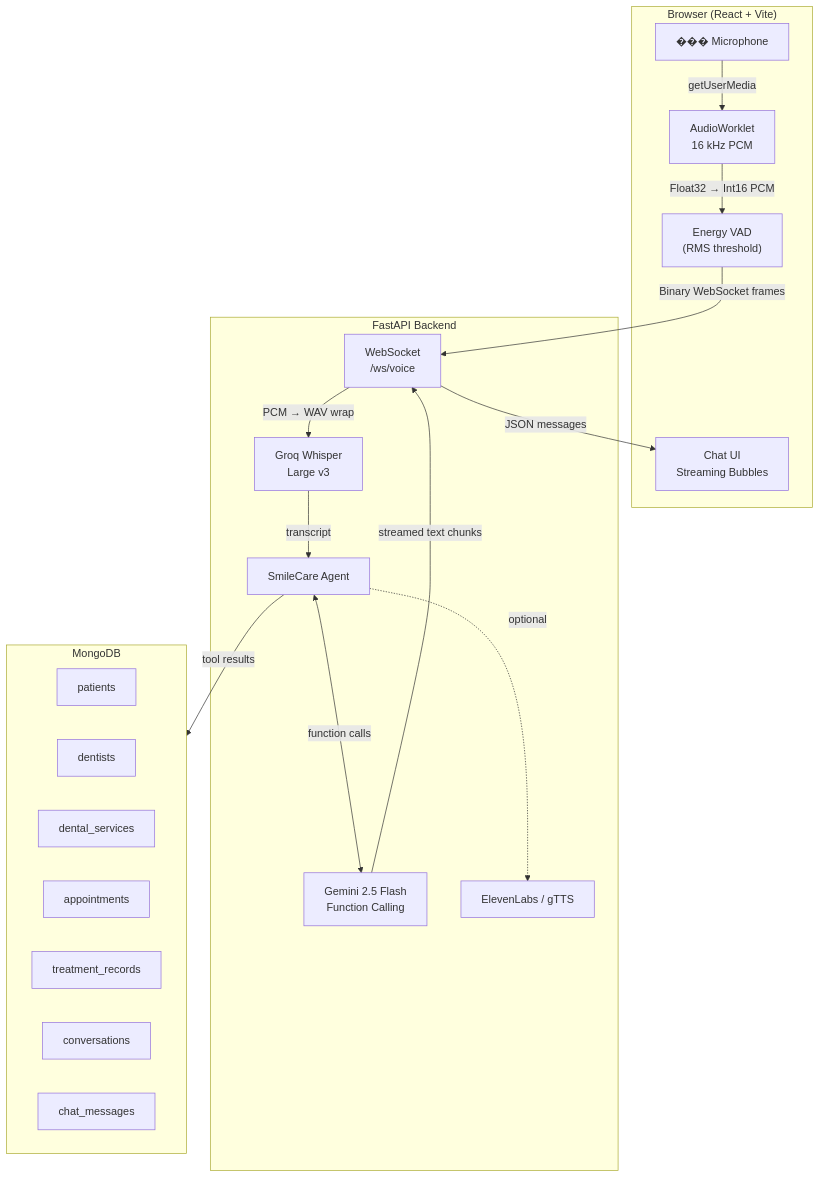
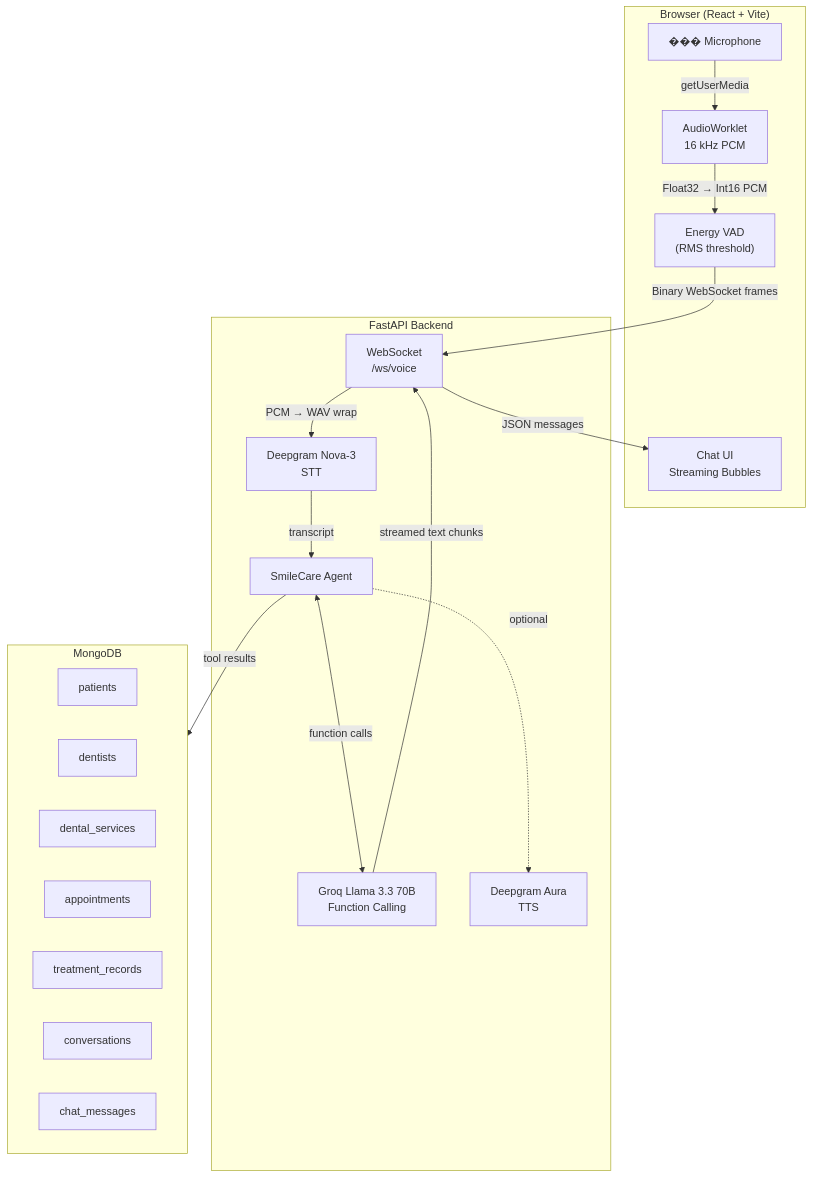
The first of 5 diagrams in Readme.md (charanp2006/demo-voice-agent), drawn with Mermaid before and after one commit. The commit also changed other lines of this file and 8 other files, not shown here.

Commit message:
Update the STT, TTS, LLM with new tech stack

````diff
--- a/Readme.md
+++ b/Readme.md
@@ -24,38 +24,38 @@
 ```mermaid
 graph TB
   subgraph Browser ["Browser (React + Vite)"]
     MIC["��� Microphone"]
     AW["AudioWorklet<br/>16 kHz PCM"]
     VAD["Energy VAD<br/>(RMS threshold)"]
     UI["Chat UI<br/>Streaming Bubbles"]
   end
 
   subgraph Server ["FastAPI Backend"]
     WS["WebSocket<br/>/ws/voice"]
-    STT["Groq Whisper<br/>Large v3"]
+    STT["Deepgram Nova-3<br/>STT"]
     AGENT["SmileCare Agent"]
-    LLM["Gemini 2.5 Flash<br/>Function Calling"]
-    TTS["ElevenLabs / gTTS"]
+    LLM["Groq Llama 3.3 70B<br/>Function Calling"]
+    TTS["Deepgram Aura<br/>TTS"]
   end
 
   subgraph DB ["MongoDB"]
     PATIENTS["patients"]
     DENTISTS["dentists"]
     SERVICES["dental_services"]
     APPTS["appointments"]
     TREATMENTS["treatment_records"]
     CONVOS["conversations"]
     MSGS["chat_messages"]
   end
 
   MIC -->|"getUserMedia"| AW
   AW -->|"Float32 → Int16 PCM"| VAD
   VAD -->|"Binary WebSocket frames"| WS
   WS -->|"PCM → WAV wrap"| STT
   STT -->|"transcript"| AGENT
   AGENT <-->|"function calls"| LLM
   AGENT -->|"tool results"| DB
   LLM -->|"streamed text chunks"| WS
   WS -->|"JSON messages"| UI
   AGENT -.->|"optional"| TTS
 ```
````
